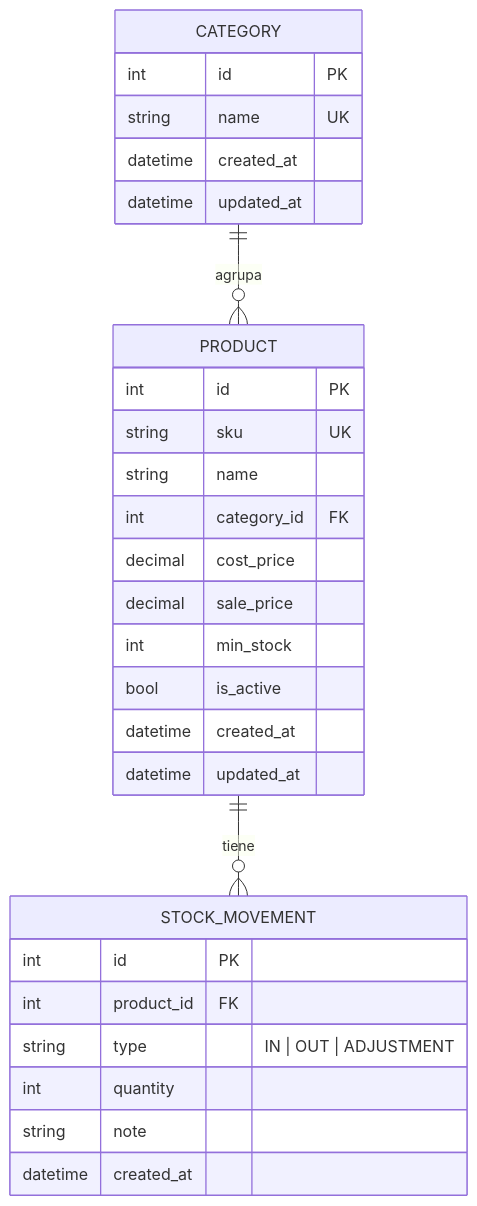
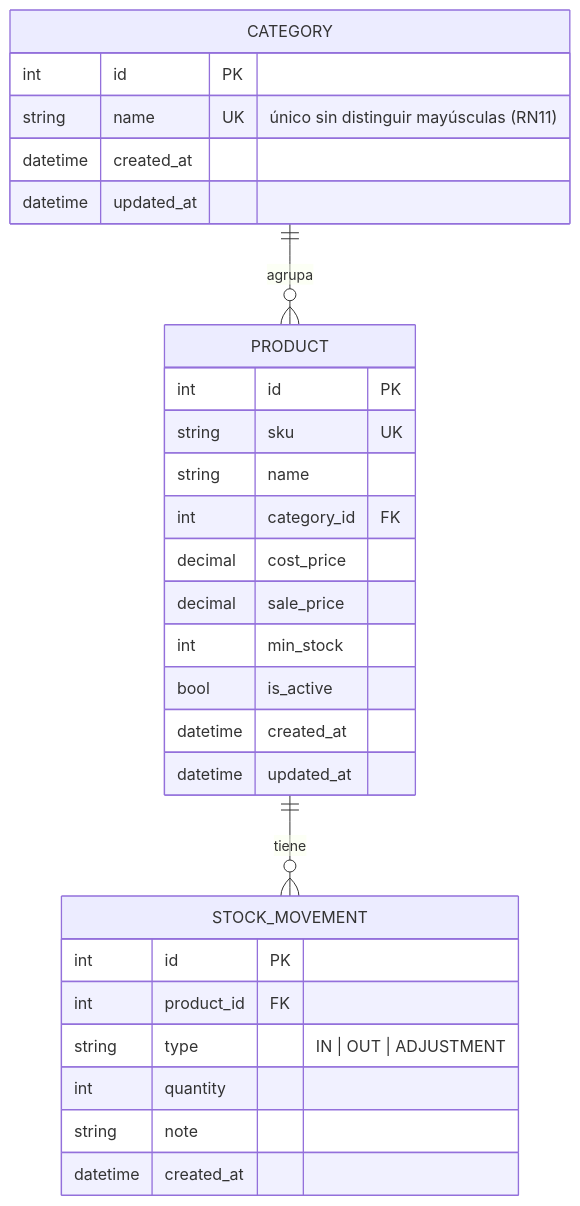
Before and after one commit to pablovskiestrada/stock-inventario: the diagram in SPEC.md, drawn with Mermaid. The commit also changed other lines of this file, not shown here.

````diff
--- a/SPEC.md
+++ b/SPEC.md
@@ -32,32 +32,32 @@
 ```mermaid
 erDiagram
     CATEGORY ||--o{ PRODUCT : "agrupa"
     PRODUCT ||--o{ STOCK_MOVEMENT : "tiene"
 
     CATEGORY {
         int id PK
-        string name UK
+        string name UK "único sin distinguir mayúsculas (RN11)"
         datetime created_at
         datetime updated_at
     }
     PRODUCT {
         int id PK
         string sku UK
         string name
         int category_id FK
         decimal cost_price
         decimal sale_price
         int min_stock
         bool is_active
         datetime created_at
         datetime updated_at
     }
     STOCK_MOVEMENT {
         int id PK
         int product_id FK
         string type "IN | OUT | ADJUSTMENT"
         int quantity
         string note
         datetime created_at
     }
 ```
````
